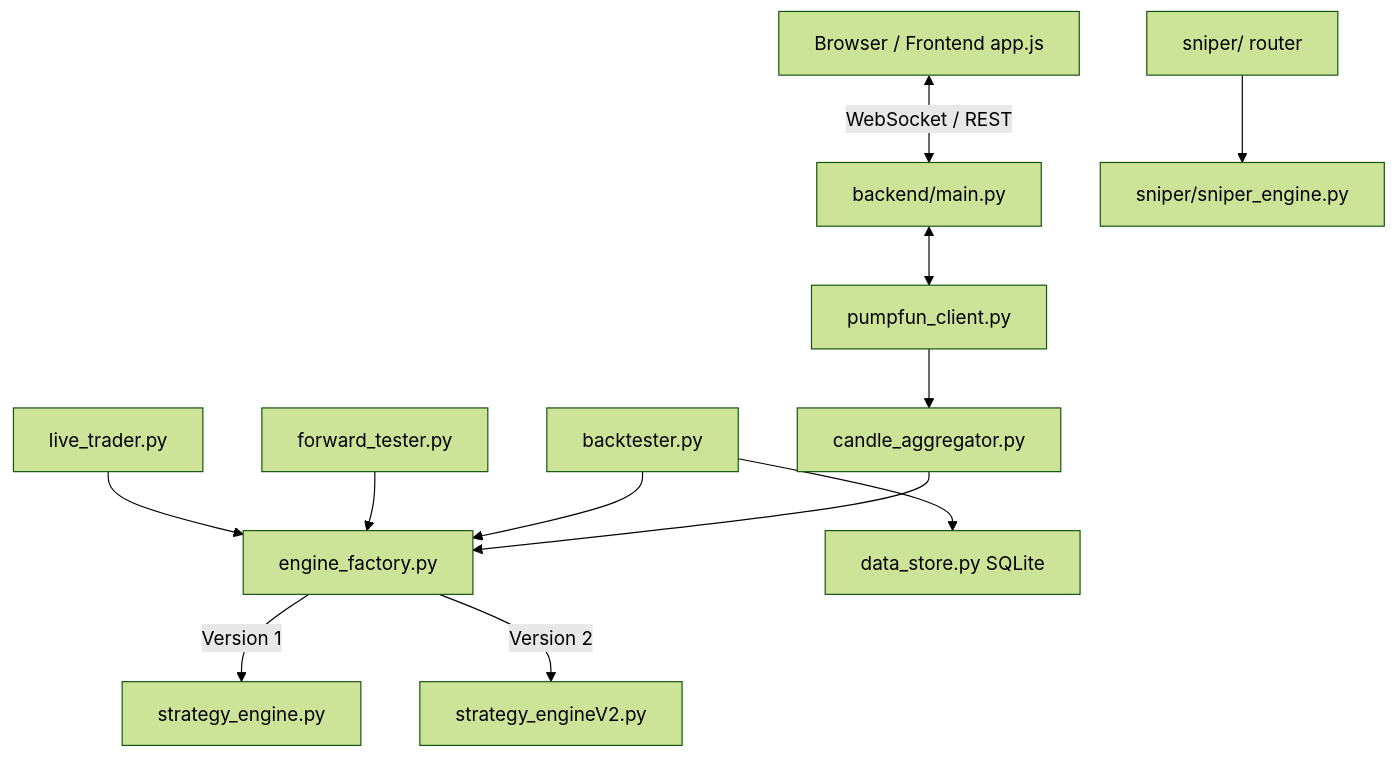
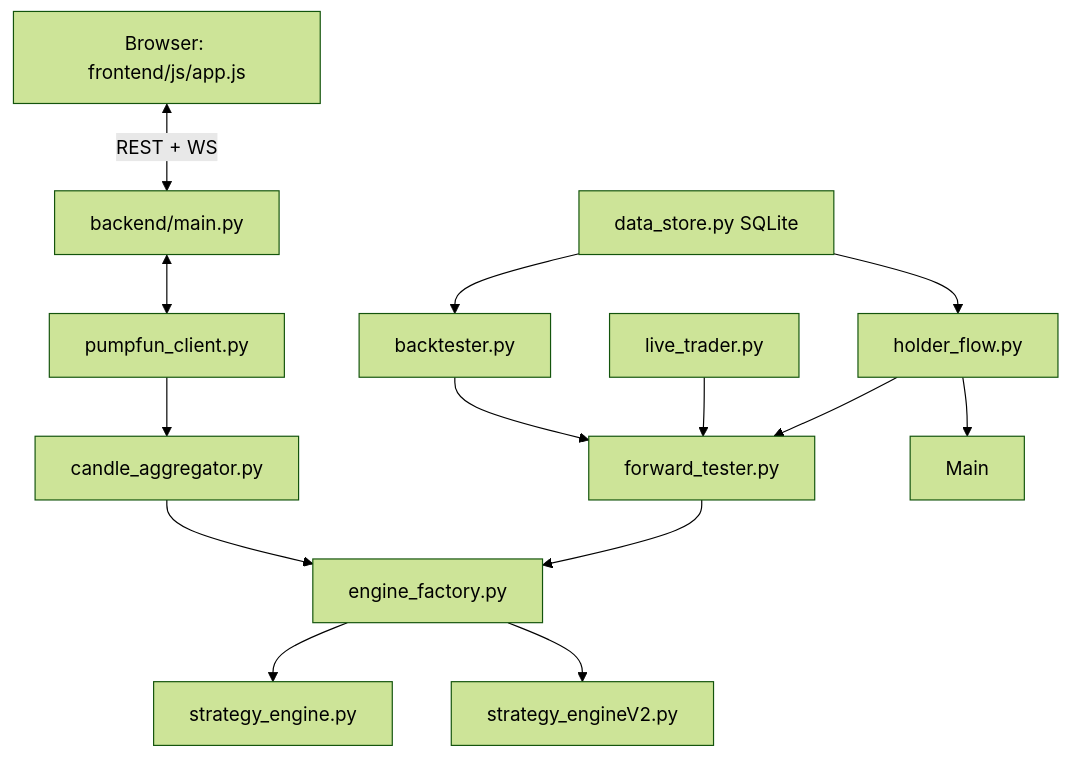
One commit to Phyeory/forecast changed the diagram in AGENTS.md. Above: the diagram before and after it, drawn with Mermaid (forest theme). The commit also changed other lines of this file and 12 other files, not shown here.

````diff
--- a/AGENTS.md
+++ b/AGENTS.md
@@ -69,16 +92,13 @@
 ```mermaid
 graph TD
-    Client[Browser / Frontend app.js] <-->|WebSocket / REST| FastAPI[backend/main.py]
+    Client[Browser: frontend/js/app.js] <-->|REST + WS| FastAPI[backend/main.py]
     FastAPI <--> Stream[pumpfun_client.py]
     Stream --> Agg[candle_aggregator.py]
     Agg --> Factory[engine_factory.py]
-    Factory -->|Version 1| V1Engine[strategy_engine.py]
-    Factory -->|Version 2| V2Adapter[strategy_engineV2.py]
-    
-    Sub1[backtester.py] --> Factory
-    Sub2[forward_tester.py] --> Factory
-    Sub3[live_trader.py] --> Factory
-    
-    Sub1 --> Data[data_store.py SQLite]
-    Sub4[sniper/ router] --> SniperEng[sniper/sniper_engine.py]
+    Factory --> V1[strategy_engine.py] 
+    Factory --> V2[strategy_engineV2.py]
+    Sub1[backtester.py] --> FT[forward_tester.py] --> Factory
+    Sub2[live_trader.py] --> FT
+    HF[holder_flow.py] --> Main & FT
+    Data[data_store.py SQLite] --> Sub1 & HF
 ```
````
